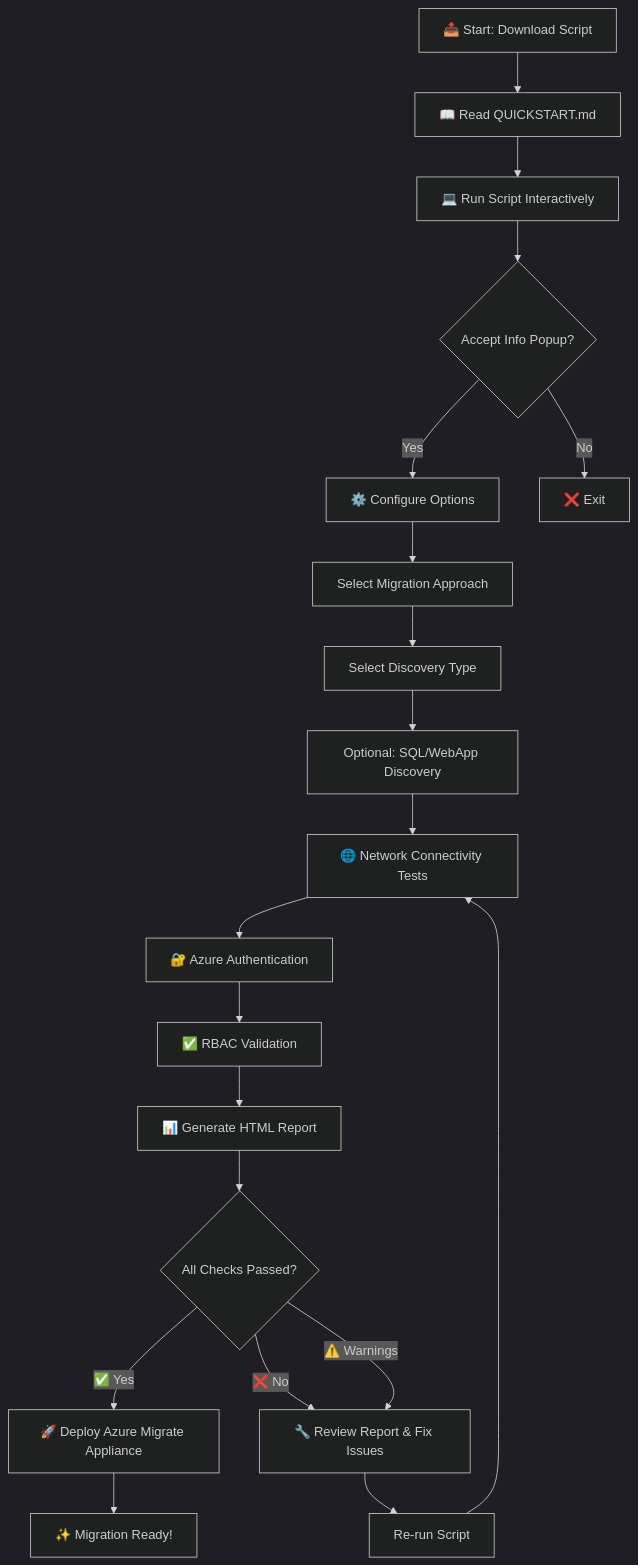
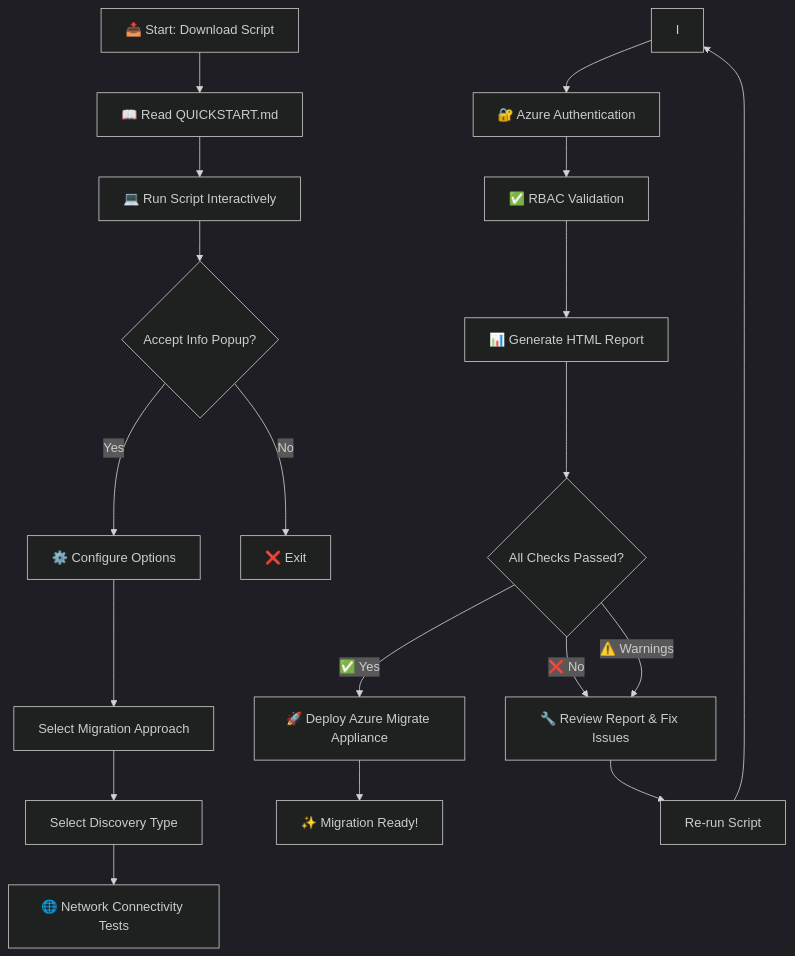
The diagram in README.md (phaniteluguti/AzureMigrateReadinessCheck), drawn with Mermaid (dark theme) before and after one commit. The commit also changed other lines of this file and 3 other files, not shown here.

````diff
--- a/README.md
+++ b/README.md
@@ -147,22 +149,21 @@
 ```mermaid
 flowchart TD
     A[📥 Start: Download Script] --> B[📖 Read QUICKSTART.md]
     B --> C[💻 Run Script Interactively]
     C --> D{Accept Info Popup?}
     D -->|Yes| E[⚙️ Configure Options]
     D -->|No| Z[❌ Exit]
     E --> F[Select Migration Approach]
     F --> G[Select Discovery Type]
-    G --> H[Optional: SQL/WebApp Discovery]
-    H --> I[🌐 Network Connectivity Tests]
+    G --> H[🌐 Network Connectivity Tests]
     I --> J[🔐 Azure Authentication]
     J --> K[✅ RBAC Validation]
     K --> L[📊 Generate HTML Report]
     L --> M{All Checks Passed?}
     M -->|✅ Yes| N[🚀 Deploy Azure Migrate Appliance]
     M -->|❌ No| O[🔧 Review Report & Fix Issues]
     M -->|⚠️ Warnings| O
     O --> P[Re-run Script]
     P --> I
     N --> Q[✨ Migration Ready!]
 ```
````
